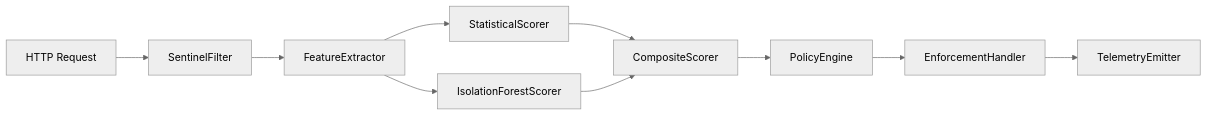
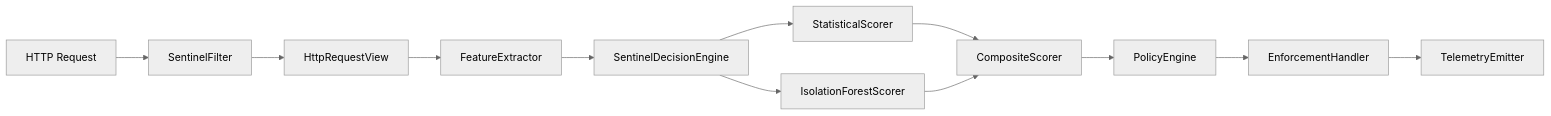
Before and after one commit to CollinKabwama/ai-sentinel: the diagram in ARCHITECTURE.md, drawn with Mermaid (neutral theme). The commit also changed other lines of this file and 60 other files, not shown here.

````diff
--- a/ARCHITECTURE.md
+++ b/ARCHITECTURE.md
@@ -55,22 +55,26 @@
 ```mermaid
 flowchart LR
     Req[HTTP Request]
     Filter[SentinelFilter]
+    View[HttpRequestView]
     Extractor[FeatureExtractor]
+    Engine[SentinelDecisionEngine]
     Stat[StatisticalScorer]
     IF[IsolationForestScorer]
     Comp[CompositeScorer]
     Pol[PolicyEngine]
     Enf[EnforcementHandler]
     Tel[TelemetryEmitter]
 
     Req --> Filter
-    Filter --> Extractor
-    Extractor --> Stat
-    Extractor --> IF
+    Filter --> View
+    View --> Extractor
+    Extractor --> Engine
+    Engine --> Stat
+    Engine --> IF
     Stat --> Comp
     IF --> Comp
     Comp --> Pol
     Pol --> Enf
     Enf --> Tel
 ```
````
